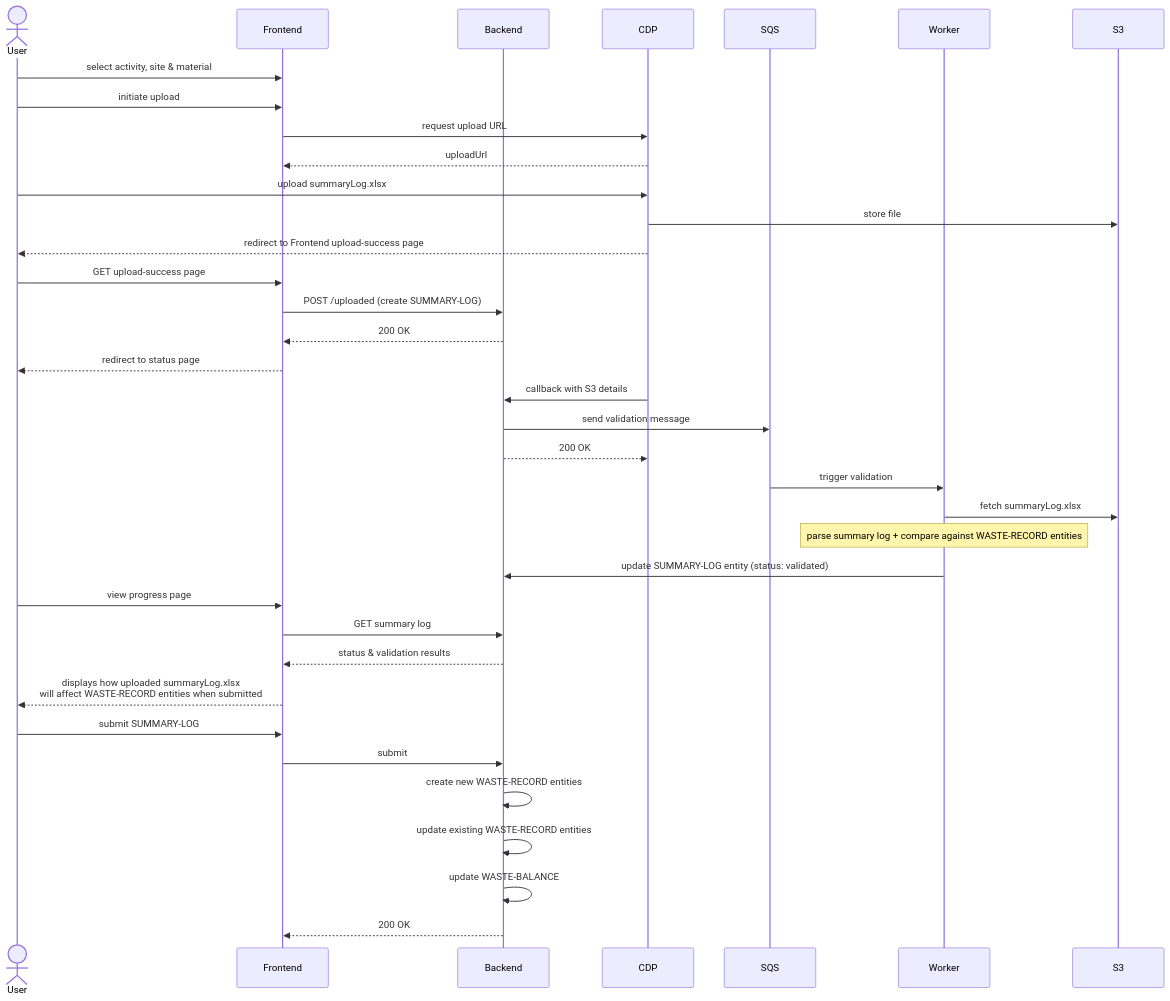
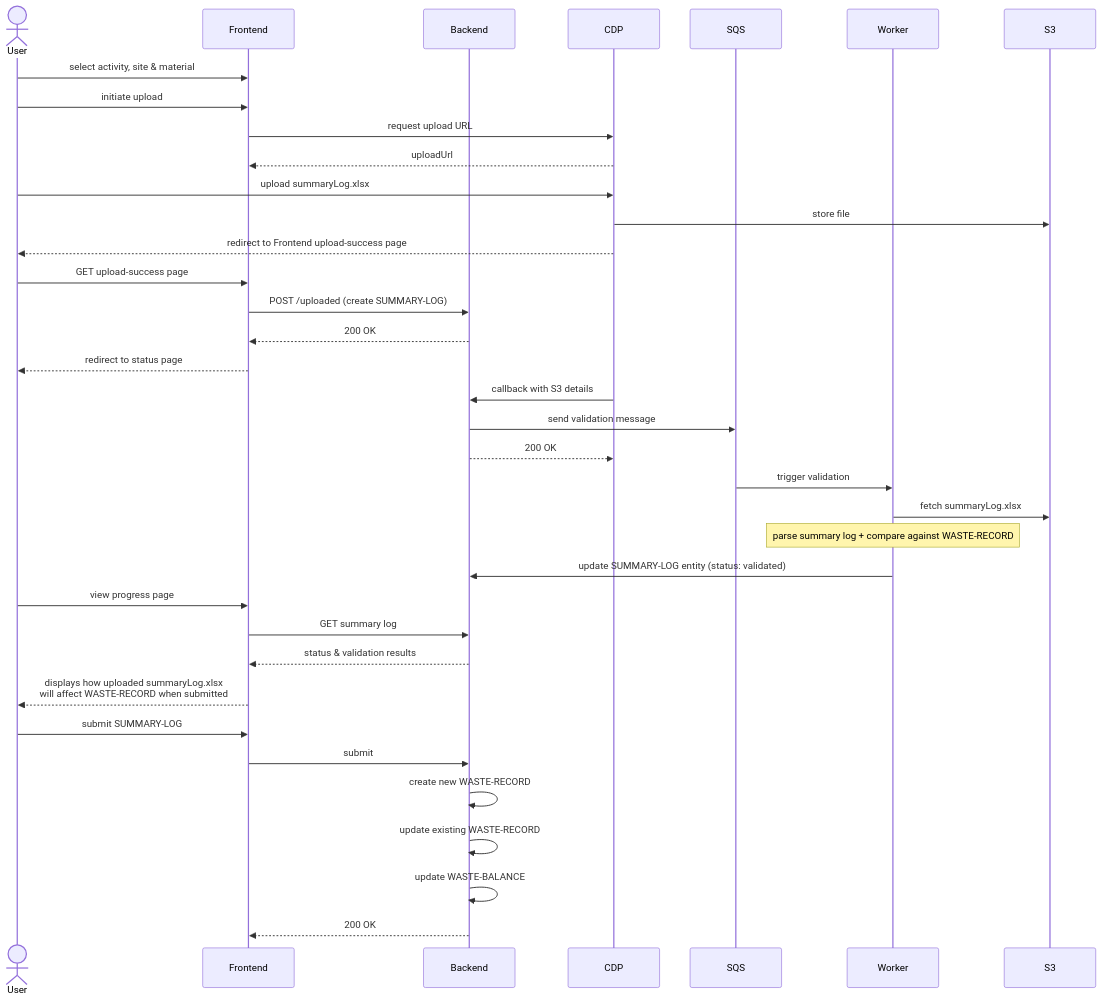
One commit to DEFRA/epr-re-ex-service changed the tenth of 10 diagrams in docs/architecture/defined/pepr-hld.md. Above: the diagram before and after it, drawn with Mermaid. The commit also changed other lines of this file and 1 other file, not shown here.

Commit message:
Sharpen the classification and provenance claims
NOT_APPLICABLE is decided per table, not per template: Processed on a
reprocessor input template and Sent on for an exporter carry no balance
classifier even under a fully accredited registration, so the by-design
section case belongs first rather than absent. Membership only counts as
provenance once the submission's event reaches the stream. A cancelled
accreditation is a real status and an archived one is not.

Claude-Session: https://claude.ai/code/session_01Jg8ZUUEuXag7znZfMbHoPN

````diff
--- a/docs/architecture/defined/pepr-hld.md
+++ b/docs/architecture/defined/pepr-hld.md
@@ -468,39 +468,39 @@
 ```mermaid
 sequenceDiagram
     actor User
     participant Frontend
     participant Backend
     participant CDP
     participant SQS
     participant Worker
     participant S3
 
     User->>Frontend: select activity, site & material
     User->>Frontend: initiate upload
     Frontend->>CDP: request upload URL
     CDP-->>Frontend: uploadUrl
     User->>CDP: upload summaryLog.xlsx
     CDP->>S3: store file
     CDP-->>User: redirect to Frontend upload-success page
     User->>Frontend: GET upload-success page
     Frontend->>Backend: POST /uploaded (create SUMMARY-LOG)
     Backend-->>Frontend: 200 OK
     Frontend-->>User: redirect to status page
     CDP->>Backend: callback with S3 details
     Backend->>SQS: send validation message
     Backend-->>CDP: 200 OK
     SQS->>Worker: trigger validation
     Worker->>S3: fetch summaryLog.xlsx
-    Note over Worker: parse summary log + compare against WASTE-RECORD entities
+    Note over Worker: parse summary log + compare against WASTE-RECORD
     Worker->>Backend: update SUMMARY-LOG entity (status: validated)
     User->>Frontend: view progress page
     Frontend->>Backend: GET summary log
     Backend-->>Frontend: status & validation results
-    Frontend-->>User: displays how uploaded summaryLog.xlsx<br> will affect WASTE-RECORD entities when submitted
+    Frontend-->>User: displays how uploaded summaryLog.xlsx<br> will affect WASTE-RECORD when submitted
     User->>Frontend: submit SUMMARY-LOG
     Frontend->>Backend: submit
-    Backend->>Backend: create new WASTE-RECORD entities
-    Backend->>Backend: update existing WASTE-RECORD entities
+    Backend->>Backend: create new WASTE-RECORD
+    Backend->>Backend: update existing WASTE-RECORD
     Backend->>Backend: update WASTE-BALANCE
     Backend-->>Frontend: 200 OK
 ```
````
